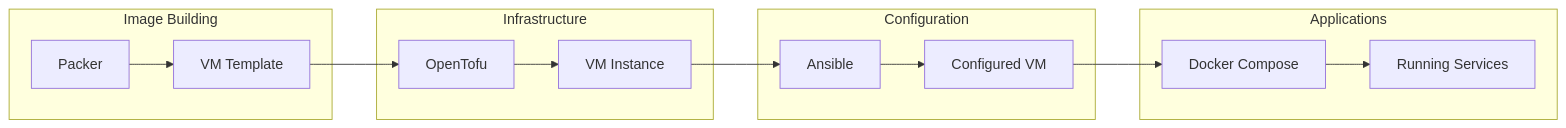
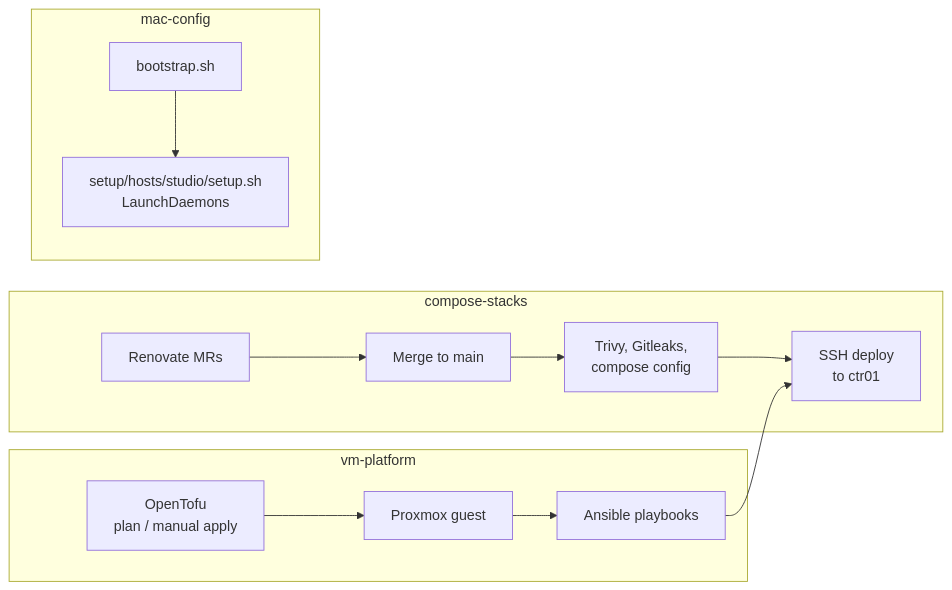
One commit to johnstetter/homelab-docs changed the diagram in docs/infrastructure/index.md. Above: the diagram before and after it, drawn with Mermaid. The commit also changed other lines of this file and 8 other files, not shown here.

````diff
--- a/docs/infrastructure/index.md
+++ b/docs/infrastructure/index.md
@@ -23,21 +18,16 @@
 ```mermaid
 graph LR
-    subgraph "Image Building"
-        Packer[Packer] --> Template[VM Template]
+    subgraph vm-platform
+        TOFU[OpenTofu<br/>plan / manual apply] --> VM[Proxmox guest]
+        VM --> ANS[Ansible playbooks]
     end
-
-    subgraph "Infrastructure"
-        OpenTofu[OpenTofu] --> VM[VM Instance]
-        Template --> OpenTofu
+    subgraph compose-stacks
+        MR[Merge to main] --> CI[Trivy, Gitleaks,<br/>compose config]
+        CI --> DEPLOY[SSH deploy<br/>to ctr01]
+        REN[Renovate MRs] --> MR
     end
-
-    subgraph "Configuration"
-        Ansible[Ansible] --> Configured[Configured VM]
-        VM --> Ansible
+    subgraph mac-config
+        BOOT[bootstrap.sh] --> HOST[setup/hosts/studio/setup.sh<br/>LaunchDaemons]
     end
-
-    subgraph "Applications"
-        Docker[Docker Compose] --> Running[Running Services]
-        Configured --> Docker
-    end
+    ANS --> DEPLOY
 ```
````
